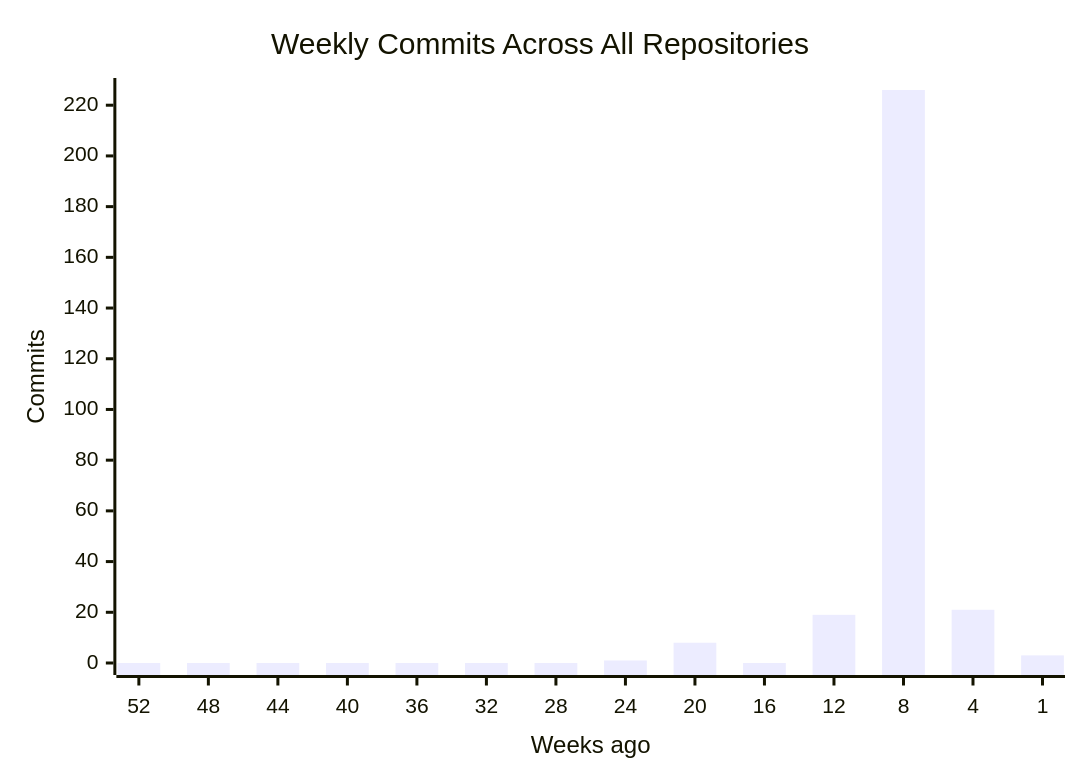
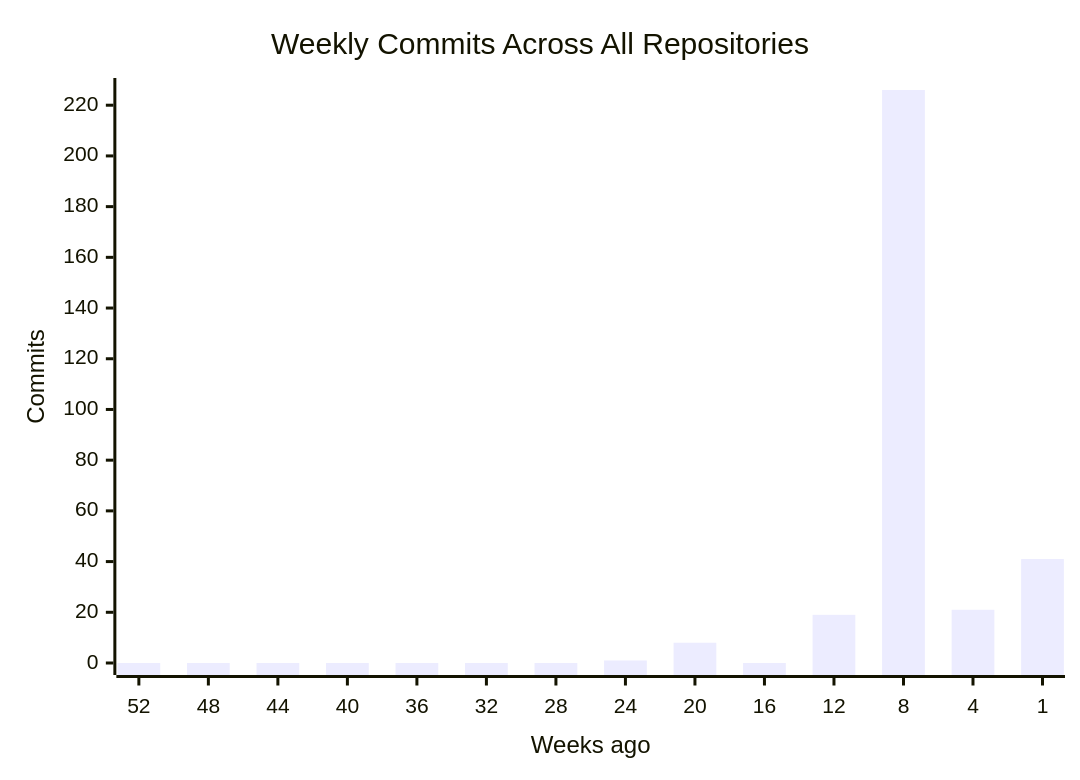
Before and after one commit to CSTH-Projects/.github: the first of 4 diagrams in profile/README.md, drawn with Mermaid. The commit also changed other lines of this file, not shown here.

````diff
--- a/profile/README.md
+++ b/profile/README.md
@@ -16,7 +16,7 @@
 ```mermaid
 xychart-beta
     title "Weekly Commits Across All Repositories"
     x-axis "Weeks ago" [52, 48, 44, 40, 36, 32, 28, 24, 20, 16, 12, 8, 4, 1]
     y-axis "Commits"
-    bar [0, 0, 0, 0, 0, 0, 0, 1, 8, 0, 19, 226, 21, 3]
+    bar [0, 0, 0, 0, 0, 0, 0, 1, 8, 0, 19, 226, 21, 41]
 ```
````
